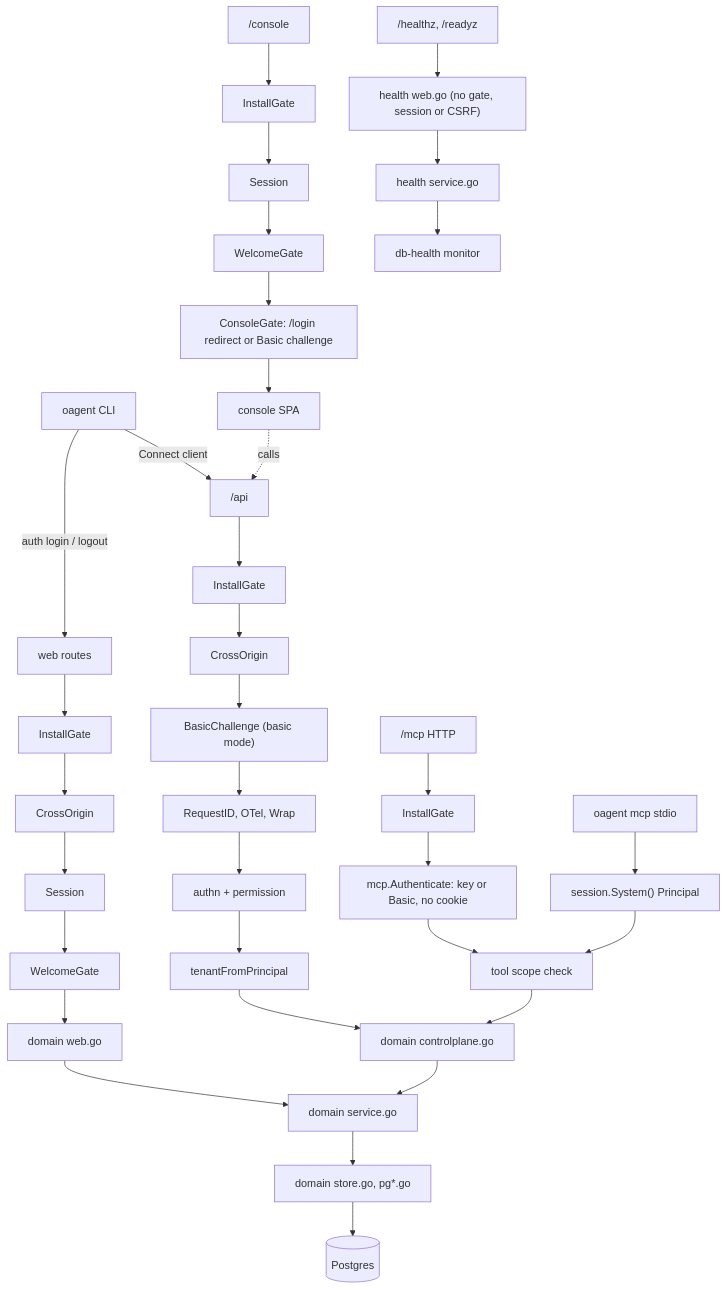
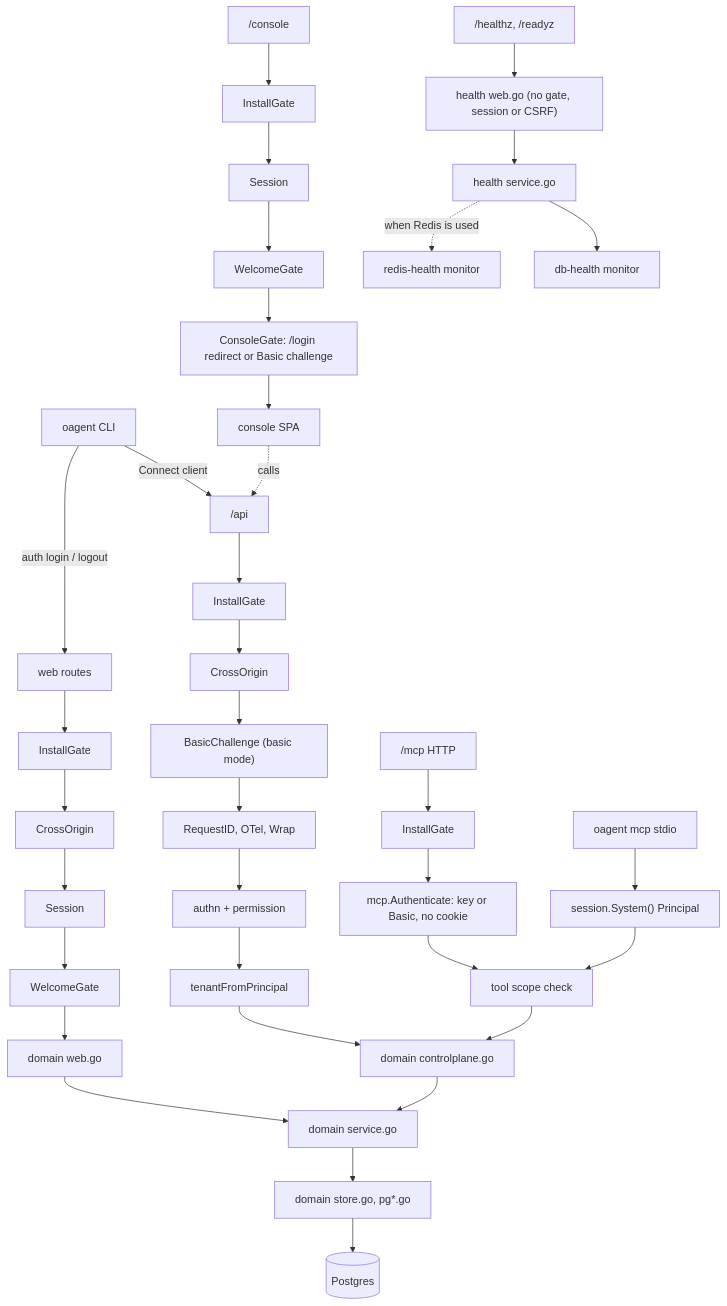
The second of 3 diagrams in internal/boot/README.md (altalune-id/oagent), drawn with Mermaid before and after one commit. The commit also changed other lines of this file and 14 other files, not shown here.

Commit message:
feat(redis): a shared Redis connection, opened only when a feature asks for it

````diff
--- a/internal/boot/README.md
+++ b/internal/boot/README.md
@@ -44,16 +45,17 @@
 ```mermaid
 flowchart TD
     CLI["oagent CLI"] -- Connect client --> API
     CLI -- "auth login / logout" --> WEB
     API["/api"] --> G1[InstallGate] --> C1[CrossOrigin] --> B1["BasicChallenge (basic mode)"] --> I1["RequestID, OTel, Wrap"] --> I2["authn + permission"] --> I3[tenantFromPrincipal] --> DC
     WEB["web routes"] --> G2[InstallGate] --> C2[CrossOrigin] --> S2[Session] --> W2[WelcomeGate] --> DW
     CON["/console"] --> G3[InstallGate] --> S3[Session] --> W3[WelcomeGate] --> CG3["ConsoleGate: /login redirect or Basic challenge"] --> SPA[console SPA]
     SPA -. calls .-> API
     MCPH["/mcp HTTP"] --> G4[InstallGate] --> A4["mcp.Authenticate: key or Basic, no cookie"] --> T4["tool scope check"] --> DC
     MCPS["oagent mcp stdio"] --> SYS["session.System() Principal"] --> T4
     LB["/healthz, /readyz"] --> HW["health web.go (no gate, session or CSRF)"] --> HS["health service.go"] --> DBH["db-health monitor"]
+    HS -. "when Redis is used" .-> RDH["redis-health monitor"]
 
     DC["domain controlplane.go"] --> SVC["domain service.go"]
     DW["domain web.go"] --> SVC
     SVC --> ST["domain store.go, pg*.go"] --> PG[(Postgres)]
 ```
````
